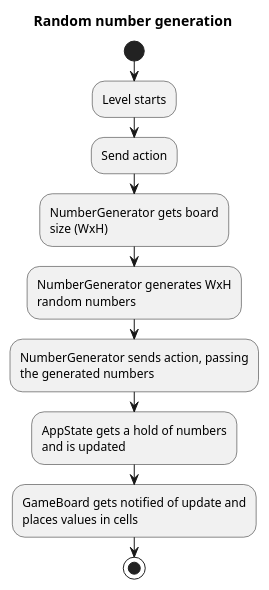
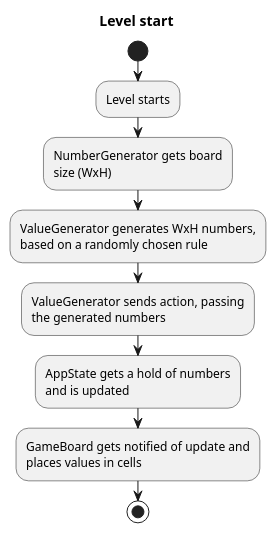
The diagram in specs/activity/level-start.puml (rpedroni/NumberMunchers), drawn with PlantUML before and after one commit. The commit also changed 2 other files, not shown here.

```diff
--- a/specs/activity/level-start.puml
+++ b/specs/activity/level-start.puml
@@ -1,20 +1,19 @@
 @startuml
 
-title Random number generation
+title Level start
 
 start
 :Level starts;
-:Send action;
 :NumberGenerator gets board
 size (WxH);
-:NumberGenerator generates WxH
-random numbers;
-:NumberGenerator sends action, passing
+:ValueGenerator generates WxH numbers,
+based on a randomly chosen rule;
+:ValueGenerator sends action, passing
 the generated numbers;
 :AppState gets a hold of numbers
 and is updated;
 :GameBoard gets notified of update and
 places values in cells;
 stop
 
 @enduml
```
